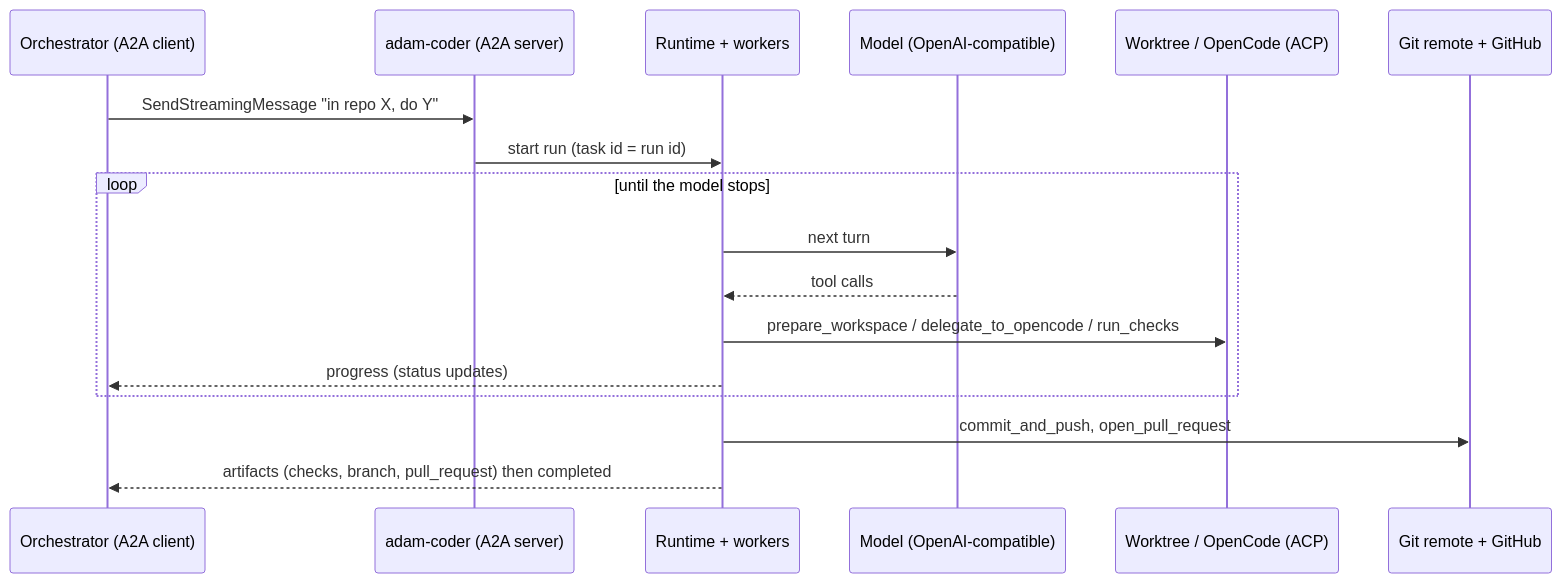
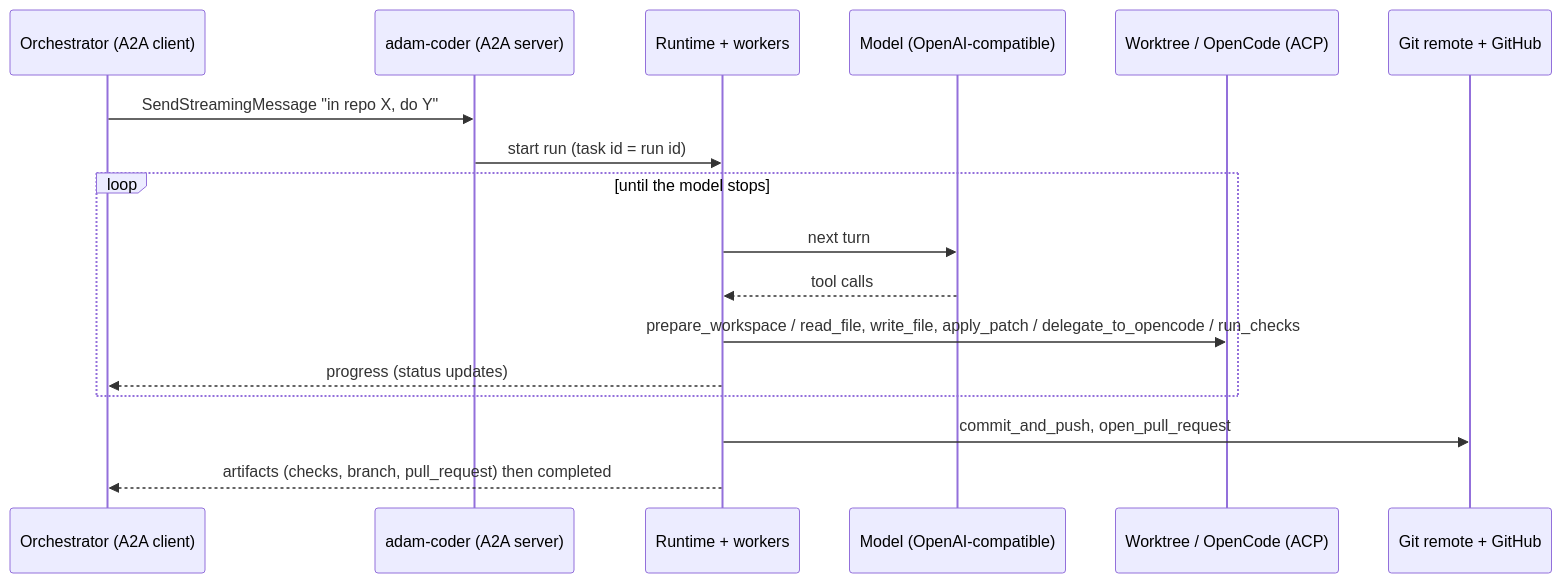
Before and after one commit to vymalo/another-adam-rs: the first of 16 diagrams in bin/adam-coder/README.md, drawn with Mermaid. The commit also changed other lines of this file and 61 other files, not shown here.

````diff
--- a/bin/adam-coder/README.md
+++ b/bin/adam-coder/README.md
@@ -20,19 +21,19 @@
 ```mermaid
 sequenceDiagram
   participant O as Orchestrator (A2A client)
   participant S as adam-coder (A2A server)
   participant R as Runtime + workers
   participant M as Model (OpenAI-compatible)
   participant W as Worktree / OpenCode (ACP)
   participant G as Git remote + GitHub
   O->>S: SendStreamingMessage "in repo X, do Y"
   S->>R: start run (task id = run id)
   loop until the model stops
     R->>M: next turn
     M-->>R: tool calls
-    R->>W: prepare_workspace / delegate_to_opencode / run_checks
+    R->>W: prepare_workspace / read_file, write_file, apply_patch / delegate_to_opencode / run_checks
     R-->>O: progress (status updates)
   end
   R->>G: commit_and_push, open_pull_request
   R-->>O: artifacts (checks, branch, pull_request) then completed
 ```
````
